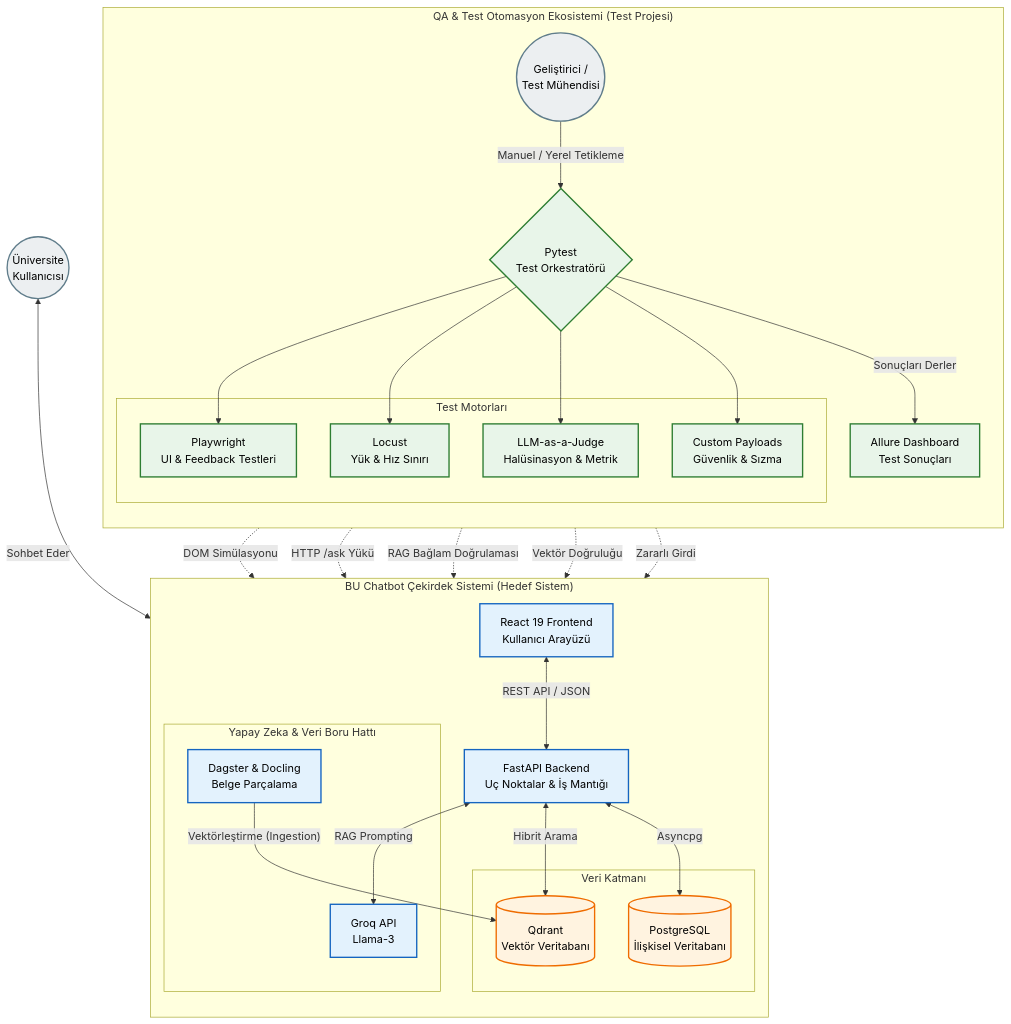
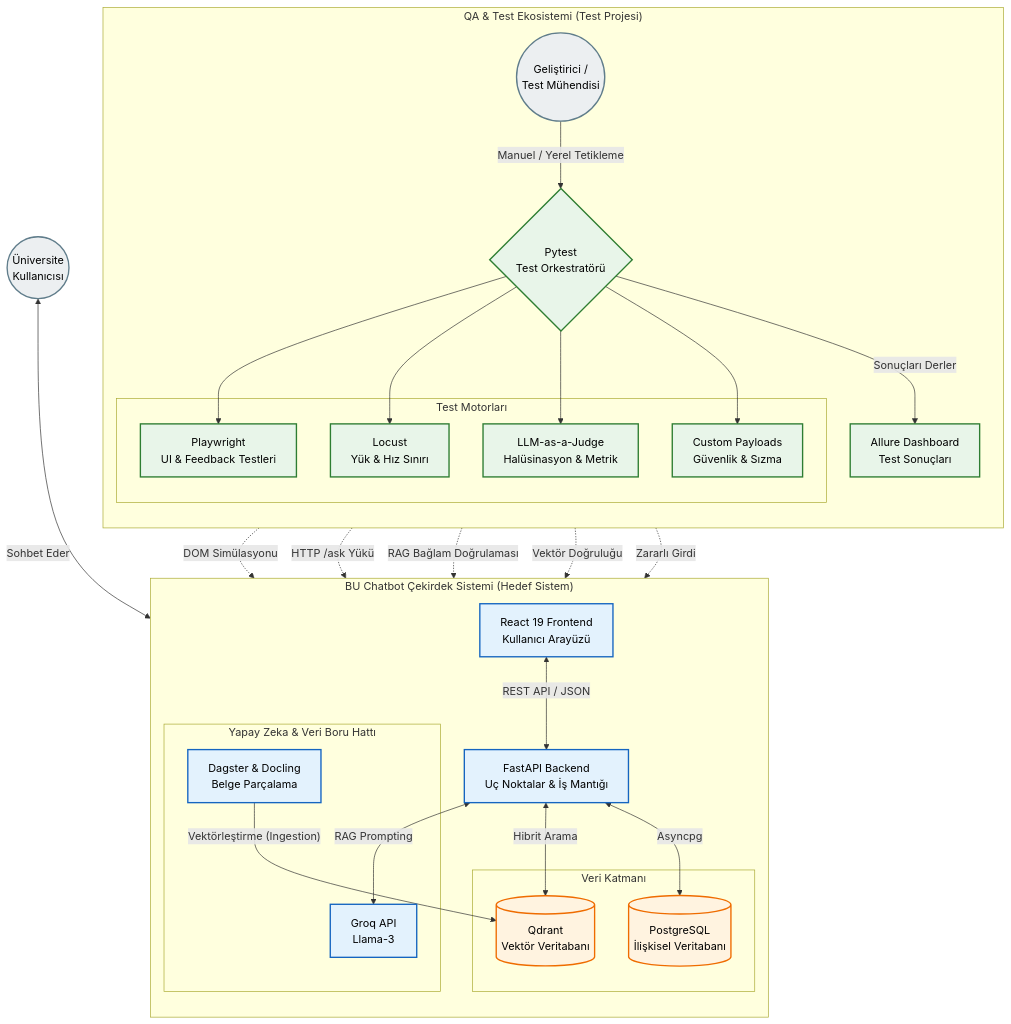
The diagram in README.md (ANIL08BY/bu-chatbot-qa-automation), drawn with Mermaid before and after one commit. The commit also changed other lines of this file, not shown here.

````diff
--- a/README.md
+++ b/README.md
@@ -74,70 +74,70 @@
 ```mermaid
 graph TB
     %% Kullanıcı ve Test Tetikleyicileri
     User((Üniversite<br>Kullanıcısı))
     Developer((Geliştirici / <br>Test Mühendisi))
 
-    subgraph QASystem["QA & Test Otomasyon Ekosistemi (Test Projesi)"]
+    subgraph QASystem["QA & Test Ekosistemi (Test Projesi)"]
         direction TB
         Orchestrator{Pytest<br>Test Orkestratörü}
 
         subgraph TestMotorlari ["Test Motorları"]
             E2E[Playwright<br>UI & Feedback Testleri]
             Load[Locust<br>Yük & Hız Sınırı]
             AIEval[LLM-as-a-Judge<br>Halüsinasyon & Metrik]
             Sec[Custom Payloads<br>Güvenlik & Sızma]
         end
 
         Report[Allure Dashboard<br>Test Sonuçları]
 
         Developer -->|"Manuel / Yerel Tetikleme"| Orchestrator
         Orchestrator --> E2E
         Orchestrator --> Load
         Orchestrator --> AIEval
         Orchestrator --> Sec
         Orchestrator -->|"Sonuçları Derler"| Report
     end
 
     subgraph HedefSistem ["BU Chatbot Çekirdek Sistemi (Hedef Sistem)"]
         direction TB
         UI[React 19 Frontend<br>Kullanıcı Arayüzü]
         API[FastAPI Backend<br>Uç Noktalar & İş Mantığı]
 
         subgraph VeriKatmani ["Veri Katmanı"]
             DB[(PostgreSQL<br>İlişkisel Veritabanı)]
             VDB[(Qdrant<br>Vektör Veritabanı)]
         end
 
         subgraph YZBoruHatti["Yapay Zeka & Veri Boru Hattı"]
             Pipeline[Dagster & Docling<br>Belge Parçalama]
             LLM[Groq API<br>Llama-3]
         end
 
         UI <-->|"REST API / JSON"| API
         API <-->|Asyncpg| DB
         API <-->|"Hibrit Arama"| VDB
         API <-->|"RAG Prompting"| LLM
         Pipeline -->|"Vektörleştirme (Ingestion)"| VDB
     end
 
     %% Kullanıcı Etkileşimi
     User <-->|"Sohbet Eder"| UI
 
     %% Test Sisteminin Hedef Sistemle Etkileşimi
     E2E -.->|"DOM Simülasyonu"| UI
     Load -.->|"HTTP /ask Yükü"| API
     AIEval -.->|"RAG Bağlam Doğrulaması"| LLM
     AIEval -.->|"Vektör Doğruluğu"| VDB
     Sec -.->|"Zararlı Girdi"| API
 
     %% Stillendirme
     classDef user fill:#eceff1,stroke:#607d8b,stroke-width:2px,color:#000;
     classDef qa fill:#e8f5e9,stroke:#2e7d32,stroke-width:2px,color:#000;
     classDef core fill:#e3f2fd,stroke:#1565c0,stroke-width:2px,color:#000;
     classDef db fill:#fff3e0,stroke:#ef6c00,stroke-width:2px,color:#000;
 
     class User,Developer user;
     class Orchestrator,E2E,Load,AIEval,Sec,Report qa;
     class UI,API,Pipeline,LLM core;
     class DB,VDB db;
 ```
````
